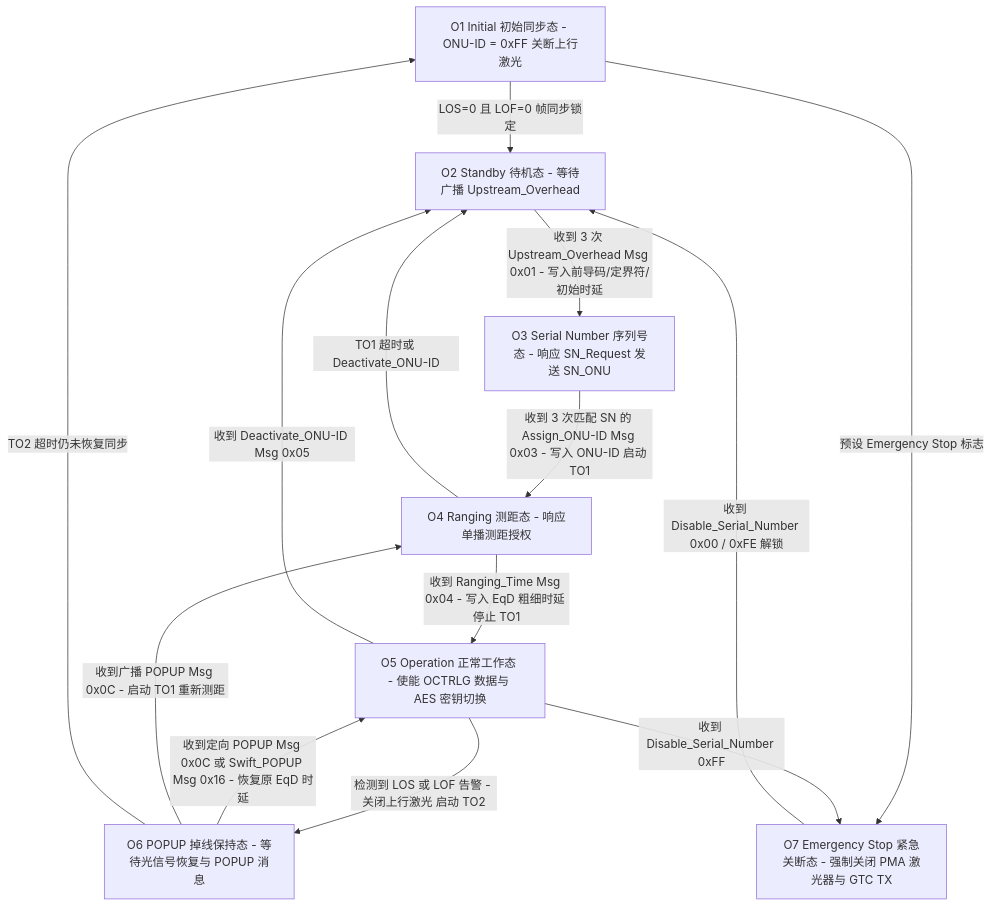
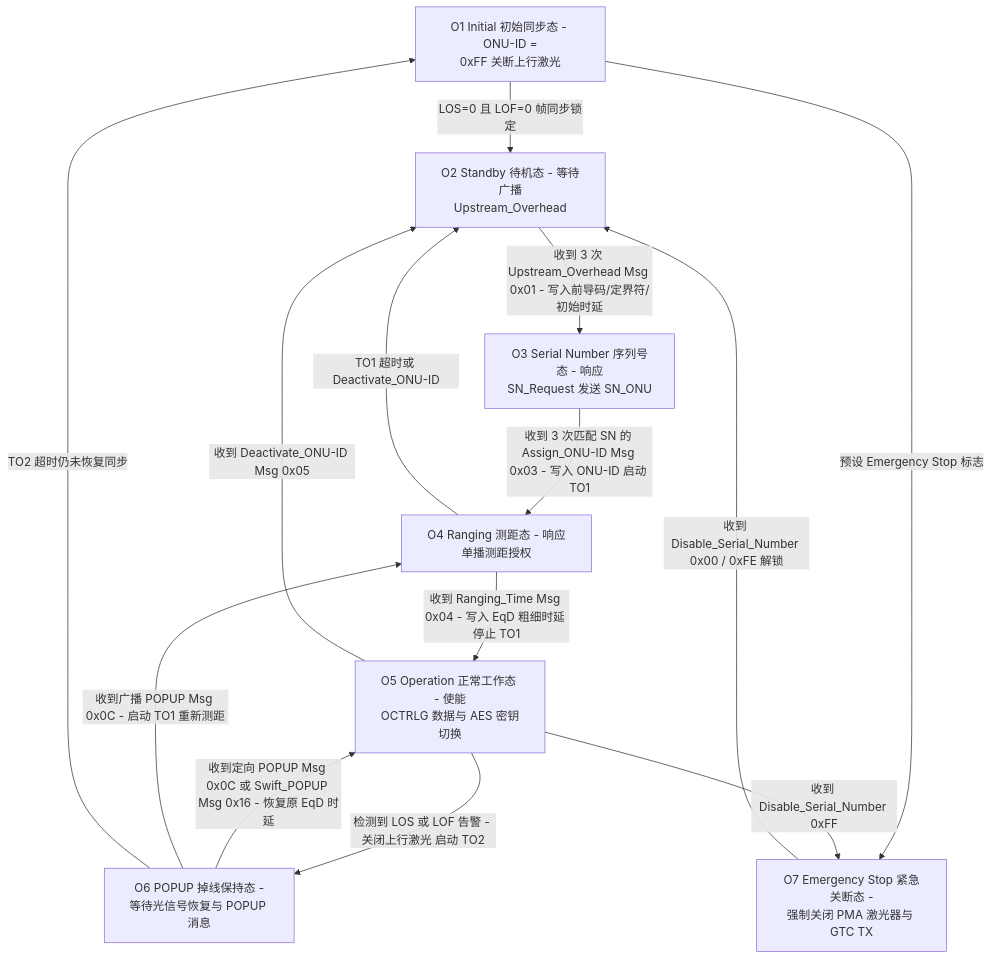
One commit to difanz/lantiq-falcon-s-docs changed the diagram in 09_control_flow/01_ploam_statemachine.md. Above: the diagram before and after it, drawn with Mermaid. The commit also changed 33 other files, not shown here.

Commit message:
Improve diagram readability and adopt the Material theme

````diff
--- a/09_control_flow/01_ploam_statemachine.md
+++ b/09_control_flow/01_ploam_statemachine.md
@@ -7,16 +7,16 @@
 ```mermaid
 flowchart TD
-    O1["O1 Initial 初始同步态 - ONU-ID = 0xFF 关断上行激光"] -->|LOS=0 且 LOF=0 帧同步锁定| O2["O2 Standby 待机态 - 等待广播 Upstream_Overhead"]
-    O1 -->|预设 Emergency Stop 标志| O7["O7 Emergency Stop 紧急关断态 - 强制关闭 PMA 激光器与 GTC TX"]
-    O2 -->|收到 3 次 Upstream_Overhead Msg 0x01 - 写入前导码/定界符/初始时延| O3["O3 Serial Number 序列号态 - 响应 SN_Request 发送 SN_ONU"]
+    O1["O1 Initial 初始同步态 - ONU-ID =<br/>0xFF 关断上行激光"] -->|LOS=0 且 LOF=0 帧同步锁定| O2["O2 Standby 待机态 - 等待广播<br/>Upstream_Overhead"]
+    O1 -->|预设 Emergency Stop 标志| O7["O7 Emergency Stop 紧急关断态 -<br/>强制关闭 PMA 激光器与 GTC TX"]
+    O2 -->|收到 3 次 Upstream_Overhead Msg 0x01 - 写入前导码/定界符/初始时延| O3["O3 Serial Number 序列号态 - 响应<br/>SN_Request 发送 SN_ONU"]
     O3 -->|收到 3 次匹配 SN 的 Assign_ONU-ID Msg 0x03 - 写入 ONU-ID 启动 TO1| O4["O4 Ranging 测距态 - 响应单播测距授权"]
-    O4 -->|收到 Ranging_Time Msg 0x04 - 写入 EqD 粗细时延 停止 TO1| O5["O5 Operation 正常工作态 - 使能 OCTRLG 数据与 AES 密钥切换"]
+    O4 -->|收到 Ranging_Time Msg 0x04 - 写入 EqD 粗细时延 停止 TO1| O5["O5 Operation 正常工作态 - 使能<br/>OCTRLG 数据与 AES 密钥切换"]
     O4 -->|TO1 超时或 Deactivate_ONU-ID| O2
-    O5 -->|检测到 LOS 或 LOF 告警 - 关闭上行激光 启动 TO2| O6["O6 POPUP 掉线保持态 - 等待光信号恢复与 POPUP 消息"]
+    O5 -->|检测到 LOS 或 LOF 告警 - 关闭上行激光 启动 TO2| O6["O6 POPUP 掉线保持态 -<br/>等待光信号恢复与 POPUP 消息"]
     O5 -->|收到 Deactivate_ONU-ID Msg 0x05| O2
     O5 -->|收到 Disable_Serial_Number 0xFF| O7
     O6 -->|收到定向 POPUP Msg 0x0C 或 Swift_POPUP Msg 0x16 - 恢复原 EqD 时延| O5
     O6 -->|收到广播 POPUP Msg 0x0C - 启动 TO1 重新测距| O4
     O6 -->|TO2 超时仍未恢复同步| O1
     O7 -->|收到 Disable_Serial_Number 0x00 / 0xFE 解锁| O2
 ```
````
